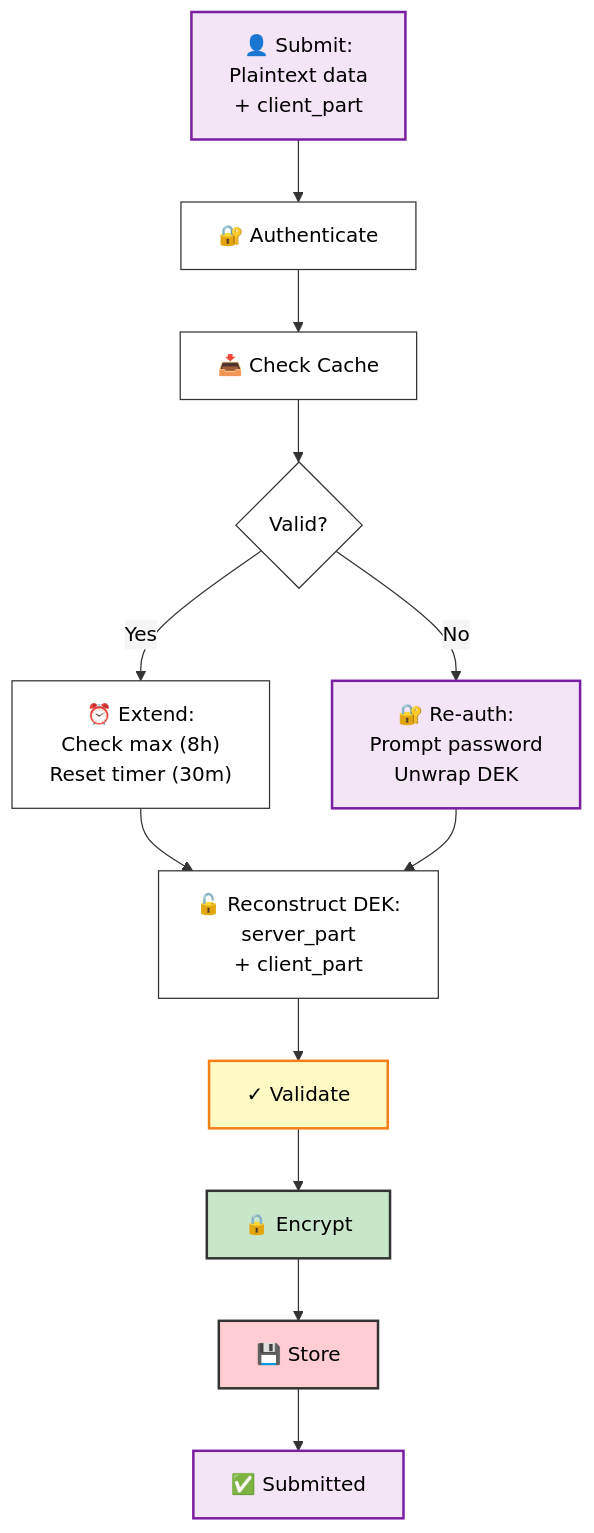
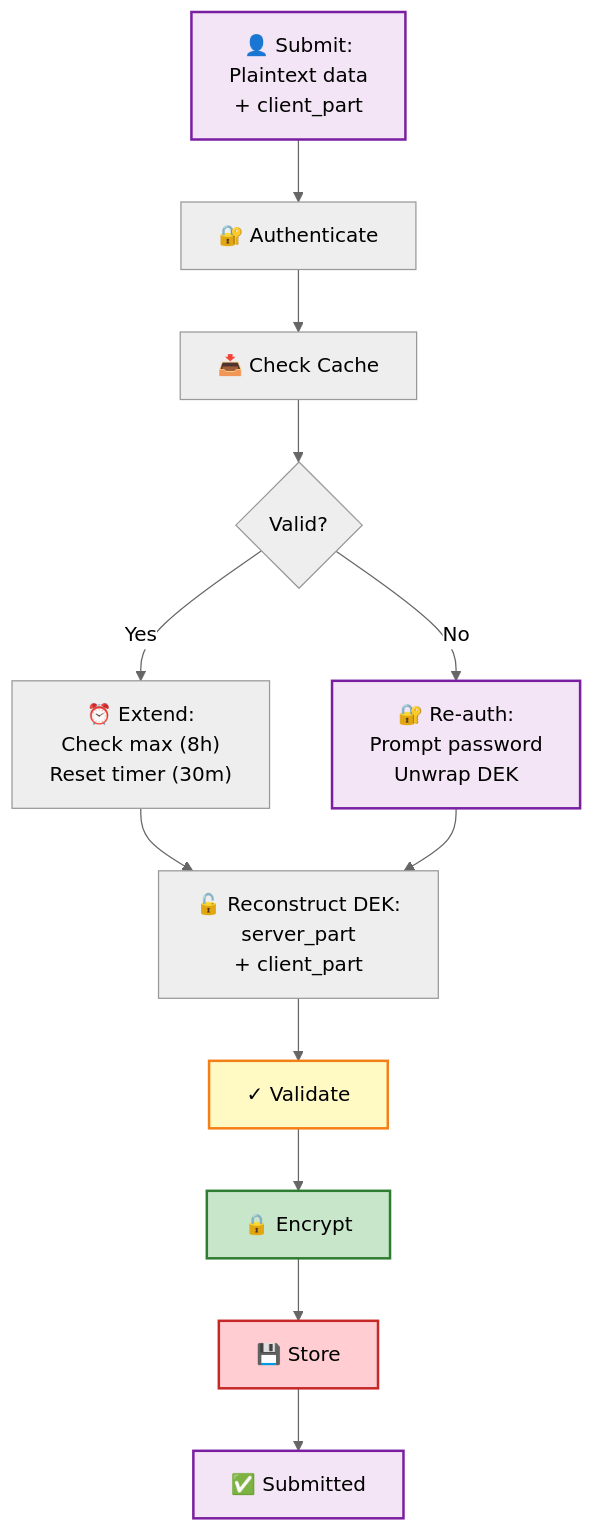
The sixth of 8 diagrams in ARCHITECTURE.md (DomiDre/kigaprio), drawn with Mermaid before and after one commit. The commit also changed other lines of this file, not shown here.

Commit message:
Set neutral theme everywhere

````diff
--- a/ARCHITECTURE.md
+++ b/ARCHITECTURE.md
@@ -389,44 +383,44 @@
 ```mermaid
-%%{init: {'theme':'base', 'themeVariables': { 'primaryColor':'#fff','primaryTextColor':'#000','primaryBorderColor':'#333','lineColor':'#333','secondaryColor':'#f5f5f5','tertiaryColor':'#fff','background':'#ffffff','mainBkg':'#ffffff','clusterBkg':'#f9f9f9','clusterBorder':'#666'}}}%%
+%%{init: {'theme':'neutral'}}%%
 flowchart TD
     Request["👤 Submit:<br/>Plaintext data<br/>+ client_part"]
     Auth["🔐 Authenticate"]
     CheckCache["📥 Check Cache"]
     
     CacheHit{"Valid?"}
     
     Extend["⏰ Extend:<br/>Check max (8h)<br/>Reset timer (30m)"]
     ReAuth["🔐 Re-auth:<br/>Prompt password<br/>Unwrap DEK"]
     
     GetDEK["🔓 Reconstruct DEK:<br/>server_part<br/>+ client_part"]
     Validate["✓ Validate"]
     Encrypt["🔒 Encrypt"]
     Store["💾 Store"]
     Done["✅ Submitted"]
     
     Request --> Auth
     Auth --> CheckCache
     CheckCache --> CacheHit
     
     CacheHit -->|"Yes"| Extend
     CacheHit -->|"No"| ReAuth
     
     Extend --> GetDEK
     ReAuth --> GetDEK
     GetDEK --> Validate
     Validate --> Encrypt
     Encrypt --> Store
     Store --> Done
     
-    classDef action fill:#f3e5f5,stroke:#7b1fa2,stroke-width:2px,color:#000
-    classDef backend fill:#c8e6c9,stroke:#333,stroke-width:2px,color:#000
-    classDef database fill:#ffcdd2,stroke:#333,stroke-width:2px,color:#000
-    classDef validate fill:#fff9c4,stroke:#f57f17,stroke-width:2px,color:#000
+    classDef action fill:#f3e5f5,stroke:#7b1fa2,stroke-width:2px
+    classDef backend fill:#c8e6c9,stroke:#2e7d32,stroke-width:2px
+    classDef database fill:#ffcdd2,stroke:#c62828,stroke-width:2px
+    classDef validate fill:#fff9c4,stroke:#f57f17,stroke-width:2px
     
     class Request action
     class Validate validate
     class Encrypt backend
     class Done action
     class Store database
     class ReAuth action
 ```
````
